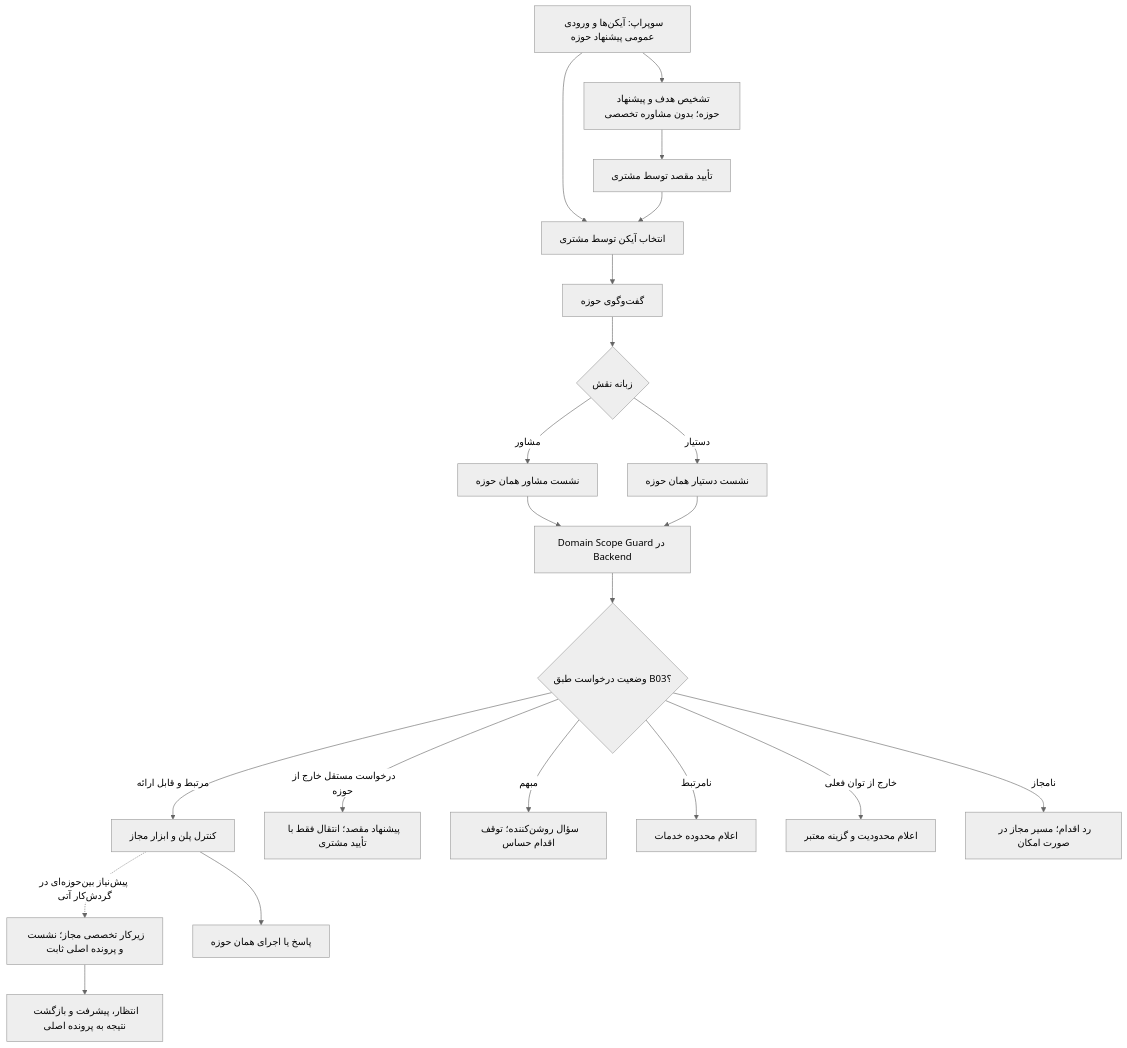
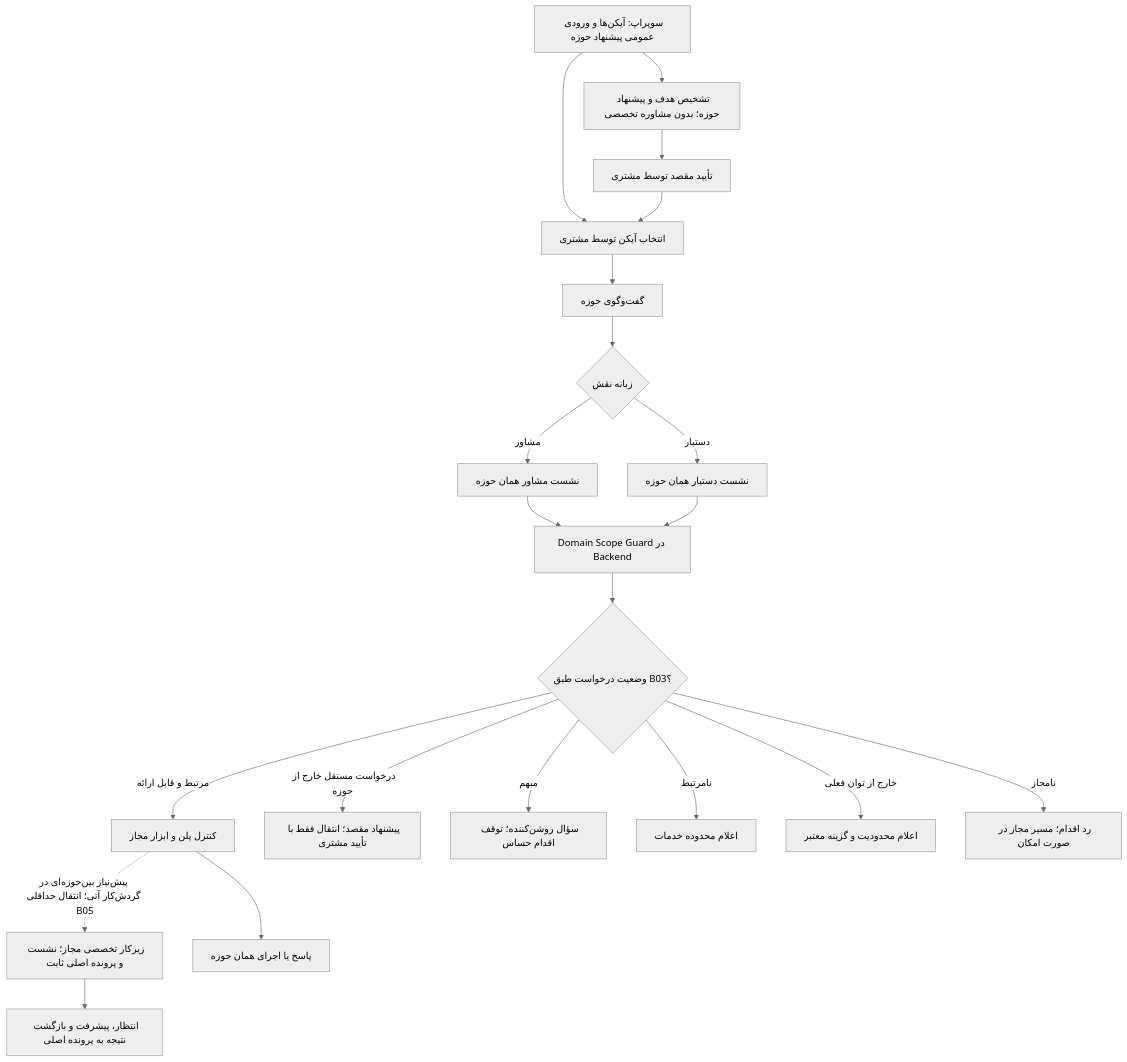
Before and after one commit to Brotherlouiee/shahab-demo: diagram 14 of 26 in docs/SHAHAB_PHASE_2_DEVELOPMENT_BLUEPRINT.md, drawn with Mermaid (neutral theme). The commit also changed other lines of this file, not shown here.

````diff
--- a/docs/SHAHAB_PHASE_2_DEVELOPMENT_BLUEPRINT.md
+++ b/docs/SHAHAB_PHASE_2_DEVELOPMENT_BLUEPRINT.md
@@ -1402,21 +1402,21 @@
 ```mermaid
 flowchart TD
     HOME["سوپراپ: آیکن‌ها و ورودی عمومی پیشنهاد حوزه"] --> DOMAIN["انتخاب آیکن توسط مشتری"]
     HOME --> SUG["تشخیص هدف و پیشنهاد حوزه؛ بدون مشاوره تخصصی"]
     SUG --> CONF["تأیید مقصد توسط مشتری"] --> DOMAIN
     DOMAIN --> CHAT["گفت‌وگوی حوزه"] --> MODE{"زبانه نقش"}
     MODE -->|مشاور| A["نشست مشاور همان حوزه"]
     MODE -->|دستیار| B["نشست دستیار همان حوزه"]
     A --> GUARD["Domain Scope Guard در Backend"]
     B --> GUARD
     GUARD --> CHECK{"وضعیت درخواست طبق B03؟"}
     CHECK -->|مرتبط و قابل ارائه| ENT["کنترل پلن و ابزار مجاز"]
-    ENT -. "پیش‌نیاز بین‌حوزه‌ای در گردش‌کار آتی" .-> SUB["زیرکار تخصصی مجاز؛ نشست و پرونده اصلی ثابت"]
+    ENT -. "پیش‌نیاز بین‌حوزه‌ای در گردش‌کار آتی؛ انتقال حداقلی B05" .-> SUB["زیرکار تخصصی مجاز؛ نشست و پرونده اصلی ثابت"]
     SUB --> WAIT["انتظار، پیشرفت و بازگشت نتیجه به پرونده اصلی"]
     CHECK -->|درخواست مستقل خارج از حوزه| REF["پیشنهاد مقصد؛ انتقال فقط با تأیید مشتری"]
     CHECK -->|مبهم| CLAR["سؤال روشن‌کننده؛ توقف اقدام حساس"]
     CHECK -->|نامرتبط| UNREL["اعلام محدوده خدمات"]
     CHECK -->|خارج از توان فعلی| UNAV["اعلام محدودیت و گزینه معتبر"]
     CHECK -->|نامجاز| DENY["رد اقدام؛ مسیر مجاز در صورت امکان"]
     ENT --> EXEC["پاسخ یا اجرای همان حوزه"]
 ```
````
